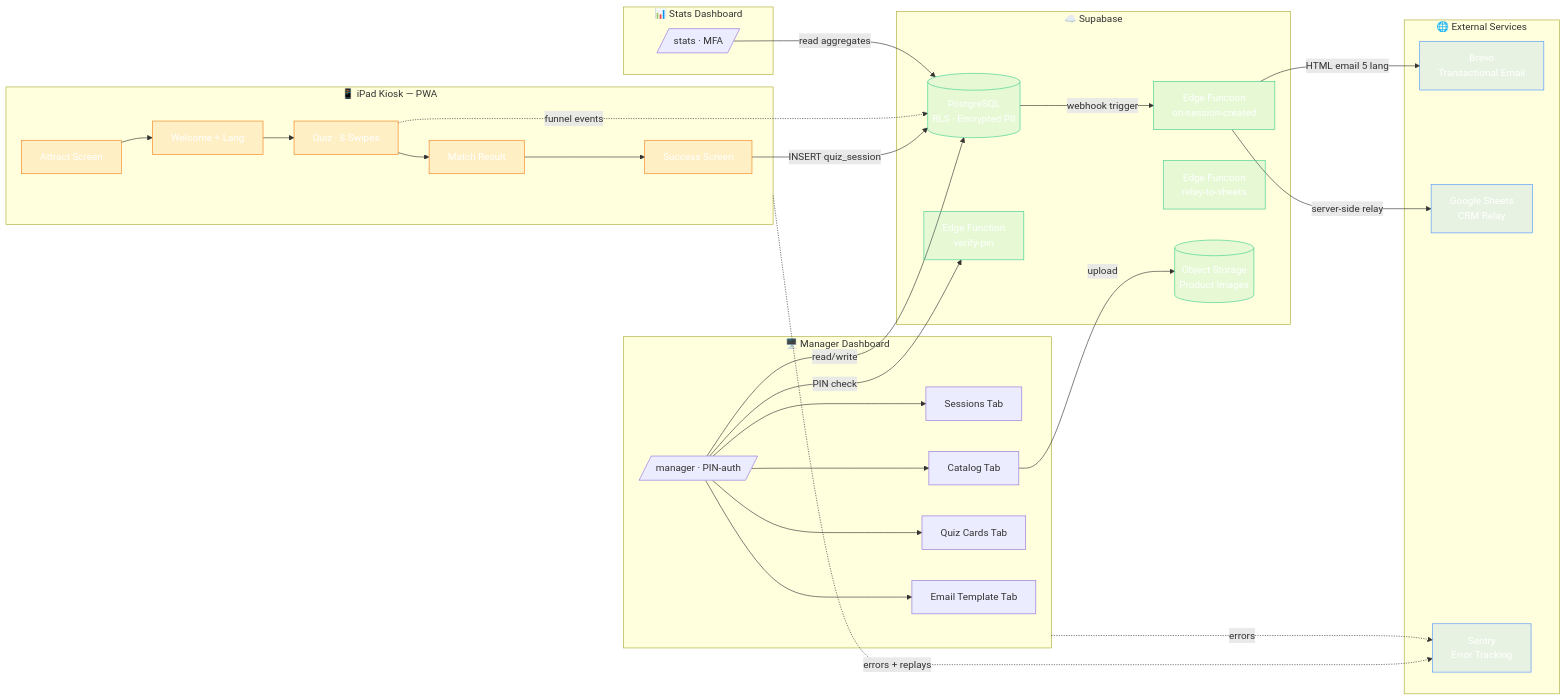
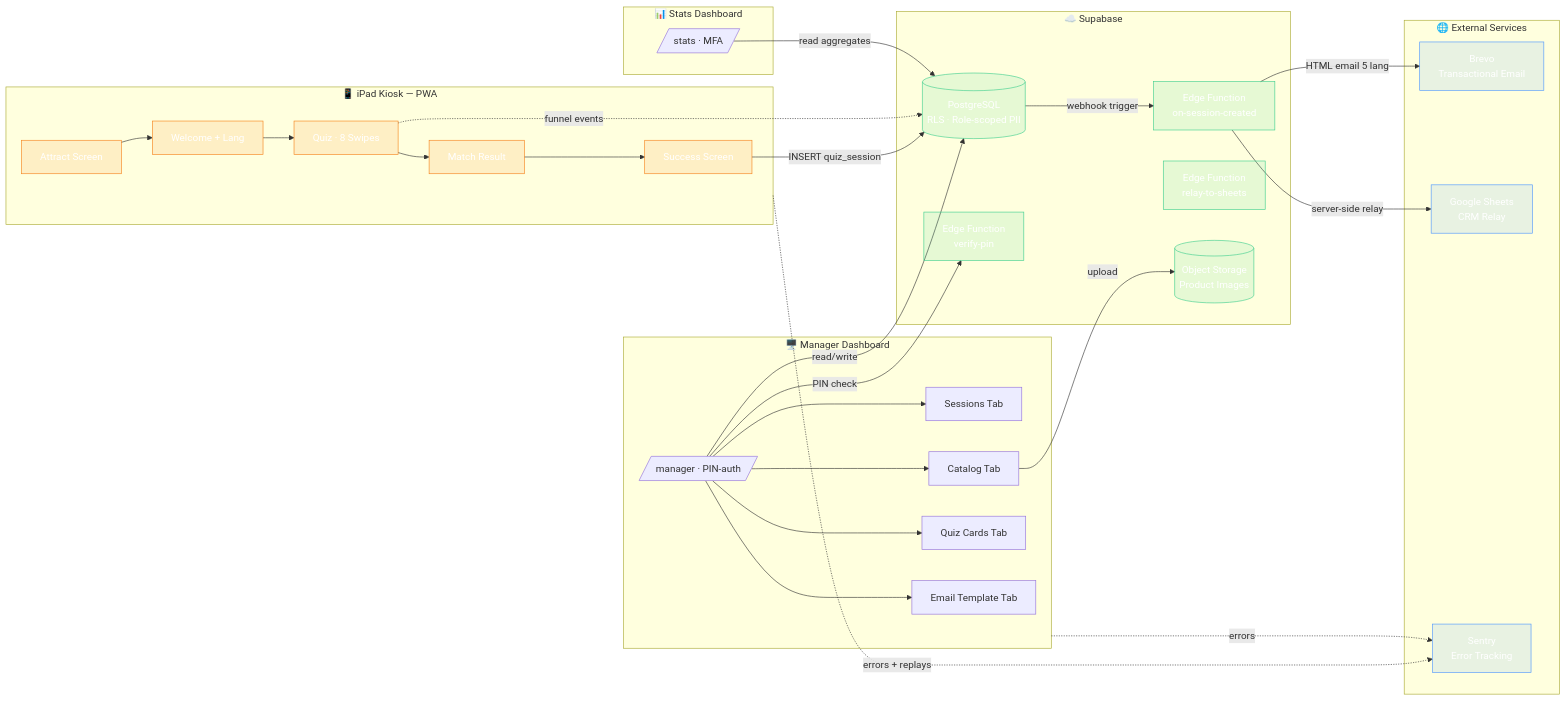
One commit to ProgAnakin/webi-match changed the diagram in README.md. Above: the diagram before and after it, drawn with Mermaid. The commit also changed other lines of this file and 8 other files, not shown here.

````diff
--- a/README.md
+++ b/README.md
@@ -69,55 +69,55 @@
 ```mermaid
 flowchart LR
   subgraph iPad["📱 iPad Kiosk — PWA"]
     A[Attract Screen] --> W[Welcome + Lang]
     W --> Q[Quiz · 8 Swipes]
     Q --> M[Match Result]
     M --> S[Success Screen]
   end
 
   subgraph Manager["🖥️ Manager Dashboard"]
     D[/manager · PIN-auth/]
     D --> Sessions[Sessions Tab]
     D --> Catalog[Catalog Tab]
     D --> Cards[Quiz Cards Tab]
     D --> Email[Email Template Tab]
   end
 
   subgraph Stats["📊 Stats Dashboard"]
     ST[/stats · MFA/]
   end
 
   subgraph Supabase["☁️ Supabase"]
-    DB[(PostgreSQL<br/>RLS · Encrypted PII)]
+    DB[(PostgreSQL<br/>RLS · Role-scoped PII)]
     EF1[Edge Function<br/>on-session-created]
     EF2[Edge Function<br/>verify-pin]
     EF3[Edge Function<br/>relay-to-sheets]
     Storage[(Object Storage<br/>Product Images)]
   end
 
   subgraph External["🌐 External Services"]
     Brevo[Brevo<br/>Transactional Email]
     Sheets[Google Sheets<br/>CRM Relay]
     Sentry[Sentry<br/>Error Tracking]
   end
 
   S -->|INSERT quiz_session| DB
   DB -->|webhook trigger| EF1
   EF1 -->|HTML email 5 lang| Brevo
   EF1 -->|server-side relay| Sheets
   Q -.->|funnel events| DB
   D -->|read/write| DB
   D -->|PIN check| EF2
   ST -->|read aggregates| DB
   Catalog -->|upload| Storage
 
   iPad -.->|errors + replays| Sentry
   Manager -.->|errors| Sentry
 
   classDef ipad fill:#f5831c20,stroke:#f5831c,color:#fff
   classDef supa fill:#3ECF8E20,stroke:#3ECF8E,color:#fff
   classDef ext fill:#4D96FF20,stroke:#4D96FF,color:#fff
   class A,W,Q,M,S ipad
   class DB,EF1,EF2,EF3,Storage supa
   class Brevo,Sheets,Sentry ext
 ```
````
